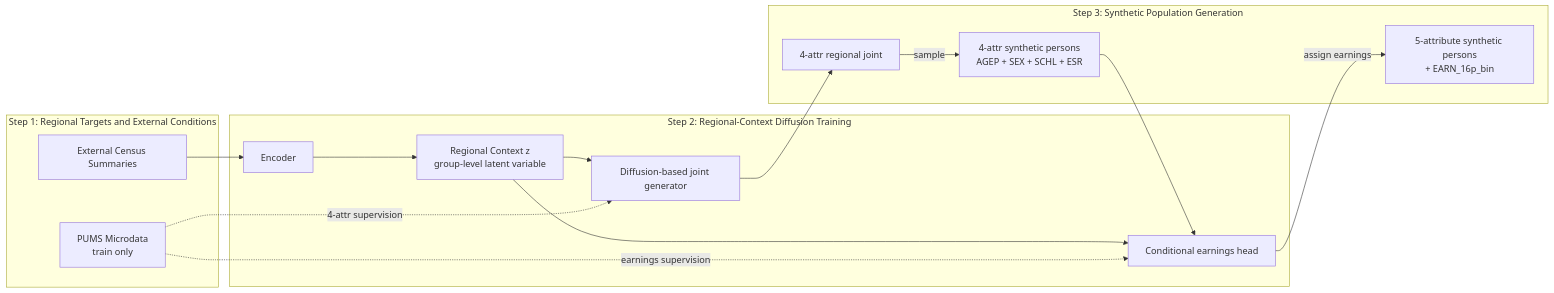
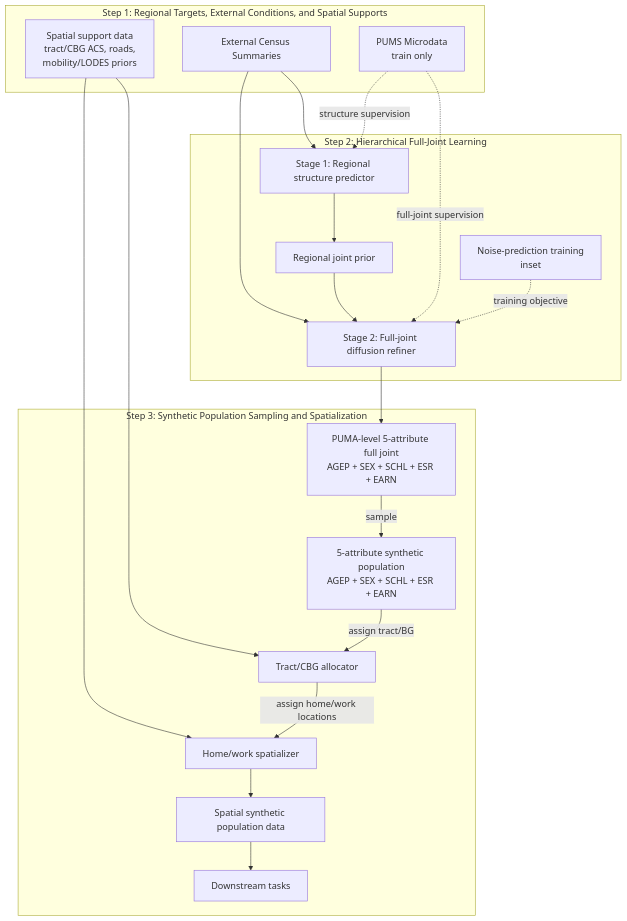
One commit to wujlin/Synthetic_City changed the diagram in docs/framework_layout_draft.md. Above: the diagram before and after it, drawn with Mermaid. The commit also changed other lines of this file and 189 other files, not shown here.

````diff
--- a/docs/framework_layout_draft.md
+++ b/docs/framework_layout_draft.md
@@ -42,34 +173,43 @@
 ```mermaid
-flowchart LR
+flowchart TB
 
-    subgraph A[Step 1: Regional Targets and External Conditions]
+    subgraph A[Step 1: Regional Targets, External Conditions, and Spatial Supports]
         C["External Census Summaries"]
         P["PUMS Microdata<br/>train only"]
+        SS["Spatial support data<br/>tract/CBG ACS, roads,<br/>mobility/LODES priors"]
     end
 
-    subgraph M[Step 2: Regional-Context Diffusion Training]
-        E["Encoder"]
-        Z["Regional Context z<br/>group-level latent variable"]
-        H1["Diffusion-based joint generator"]
-        H2["Conditional earnings head"]
+    subgraph M[Step 2: Hierarchical Full-Joint Learning]
+        S1["Stage 1: Regional structure predictor"]
+        CJ["Regional joint prior"]
+        S2["Stage 2: Full-joint diffusion refiner"]
+        N["Noise-prediction training<br/>inset"]
     end
 
-    subgraph G[Step 3: Synthetic Population Generation]
-        J["4-attr regional joint"]
-        S["4-attr synthetic persons<br/>AGEP + SEX + SCHL + ESR"]
-        O["5-attribute synthetic persons<br/>+ EARN_16p_bin"]
+    subgraph G[Step 3: Synthetic Population Sampling and Spatialization]
+        FJ["PUMA-level 5-attribute full joint<br/>AGEP + SEX + SCHL + ESR + EARN"]
+        O["5-attribute synthetic population<br/>AGEP + SEX + SCHL + ESR + EARN"]
+        SA["Tract/CBG allocator"]
+        L["Home/work spatializer"]
+        SP["Spatial synthetic population data"]
+        D["Downstream tasks"]
     end
 
-    C --> E
-    E --> Z
-    Z --> H1
+    C --> S1
+    P -. structure supervision .-> S1
+    S1 --> CJ
 
-    P -. 4-attr supervision .-> H1
+    C --> S2
+    CJ --> S2
+    P -. full-joint supervision .-> S2
+    N -. training objective .-> S2
 
-    H1 --> J
-    J -- sample --> S
-    S --> H2
-    Z --> H2
-    P -. earnings supervision .-> H2
-    H2 -- assign earnings --> O
+    S2 --> FJ
+    FJ -- sample --> O
+    SS --> SA
+    O -- assign tract/BG --> SA
+    SS --> L
+    SA -- assign home/work locations --> L
+    L --> SP
+    SP --> D
 ```
````
